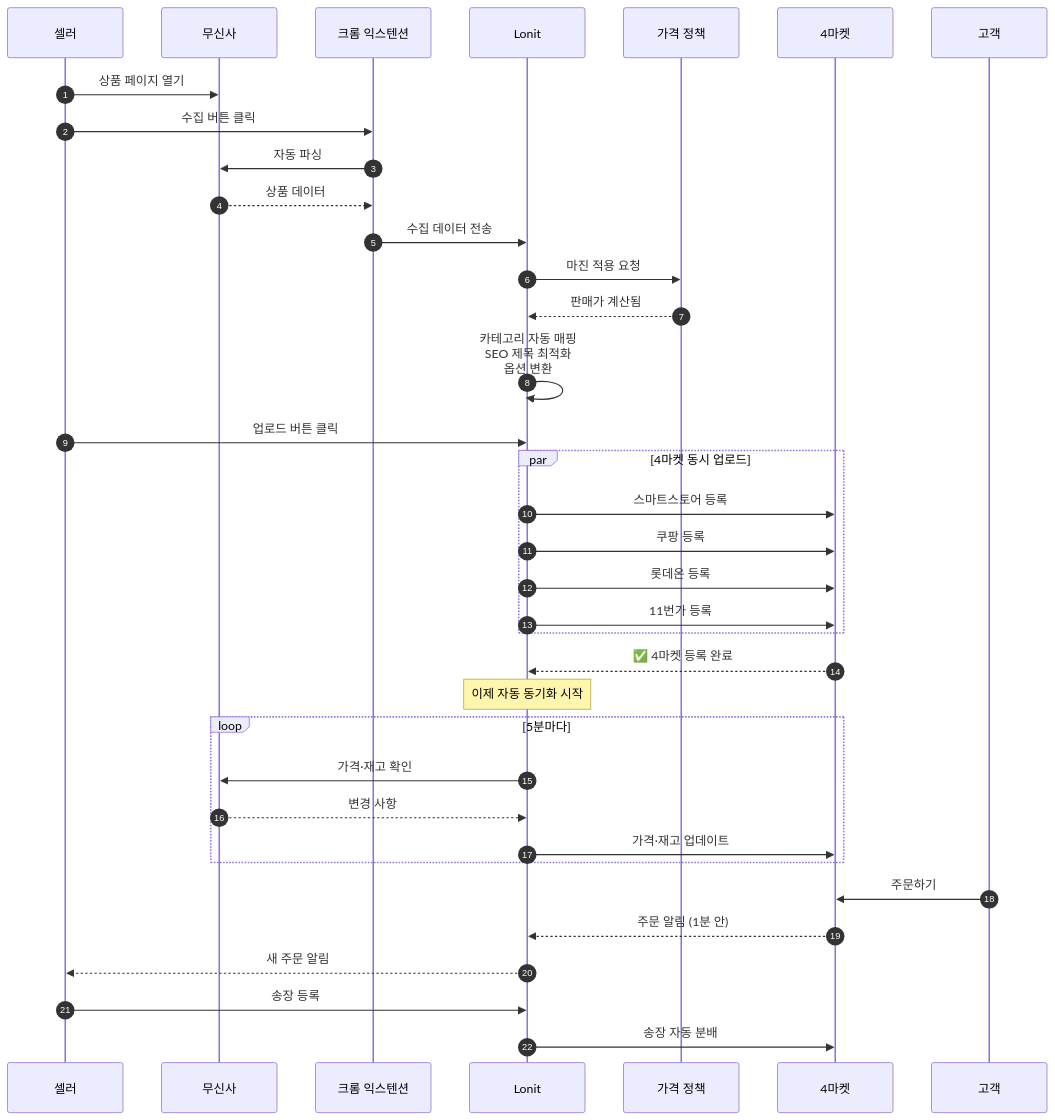
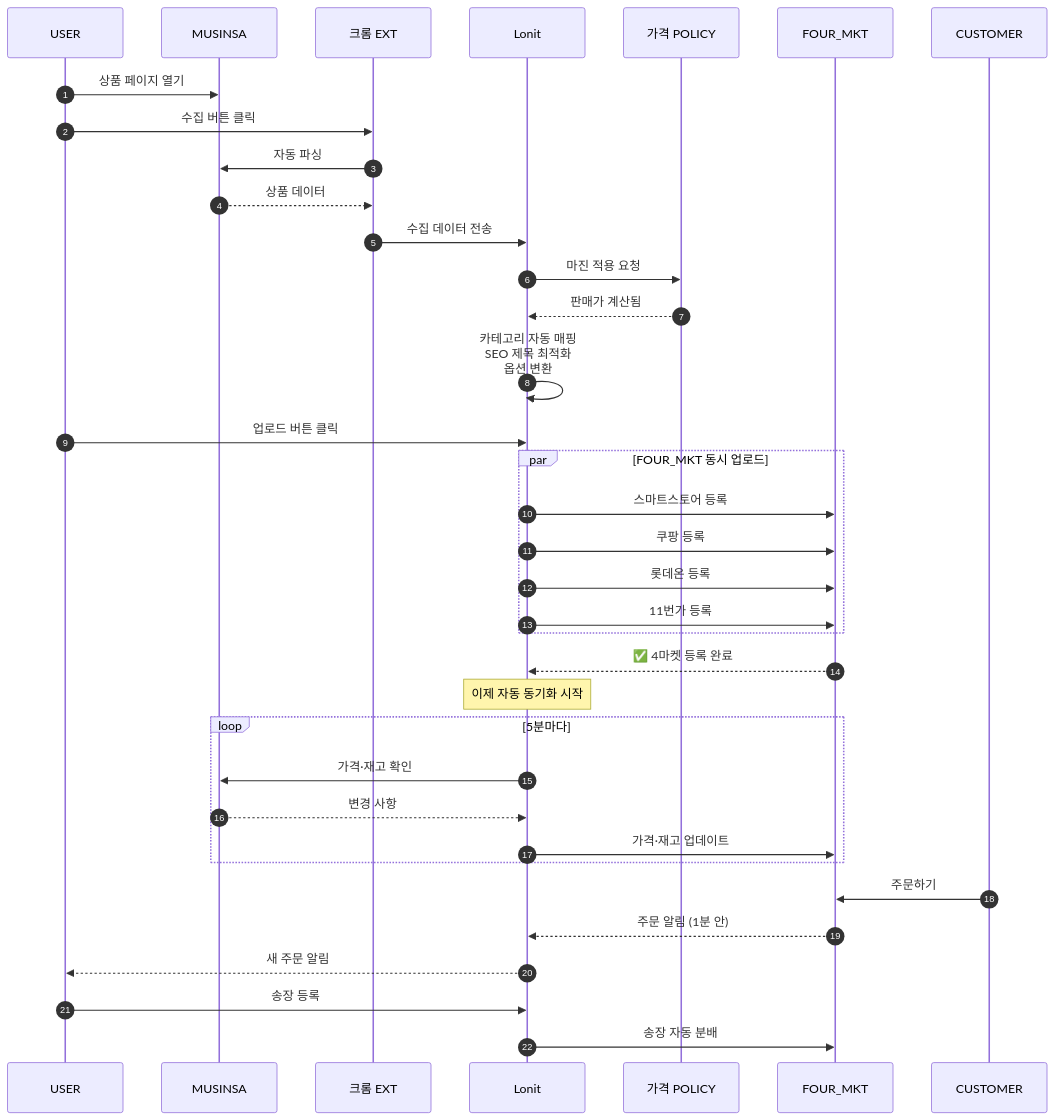
Before and after one commit to cksdud5785-design/lonit-manual: the seventh of 10 diagrams in docs/02-architecture.md, drawn with Mermaid. The commit also changed other lines of this file and 17 other files, not shown here.

First line of the commit message:
fix: mermaid 한국어 ID → ASCII + 더망고 → T사 일괄 변경

````diff
--- a/docs/02-architecture.md
+++ b/docs/02-architecture.md
@@ -195,46 +195,45 @@
 ```mermaid
 sequenceDiagram
     autonumber
-    participant 셀러
-    participant 무신사
-    participant 익스텐션 as 크롬 익스텐션
+    participant USER as USER
+    participant MUSINSA as MUSINSA
+    participant EXT as 크롬 EXT
     participant Lonit
-    participant 정책 as 가격 정책
-    participant 4마켓
-    participant 고객
+    participant POLICY as 가격 POLICY
+    participant FOUR_MKT
+    participant CUSTOMER as CUSTOMER
+    USER->>MUSINSA: 상품 페이지 열기
+    USER->>EXT: 수집 버튼 클릭
+    EXT->>MUSINSA: 자동 파싱
+    MUSINSA-->>EXT: 상품 데이터
+    EXT->>Lonit: 수집 데이터 전송
     
-    셀러->>무신사: 상품 페이지 열기
-    셀러->>익스텐션: 수집 버튼 클릭
-    익스텐션->>무신사: 자동 파싱
-    무신사-->>익스텐션: 상품 데이터
-    익스텐션->>Lonit: 수집 데이터 전송
-    
-    Lonit->>정책: 마진 적용 요청
-    정책-->>Lonit: 판매가 계산됨
+    Lonit->>POLICY: 마진 적용 요청
+    POLICY-->>Lonit: 판매가 계산됨
     
     Lonit->>Lonit: 카테고리 자동 매핑<br>SEO 제목 최적화<br>옵션 변환
     
-    셀러->>Lonit: 업로드 버튼 클릭
-    par 4마켓 동시 업로드
-        Lonit->>4마켓: 스마트스토어 등록
-        Lonit->>4마켓: 쿠팡 등록
-        Lonit->>4마켓: 롯데온 등록
-        Lonit->>4마켓: 11번가 등록
+    USER->>Lonit: 업로드 버튼 클릭
+    par FOUR_MKT 동시 업로드
+        Lonit->>FOUR_MKT: 스마트스토어 등록
+        Lonit->>FOUR_MKT: 쿠팡 등록
+        Lonit->>FOUR_MKT: 롯데온 등록
+        Lonit->>FOUR_MKT: 11번가 등록
     end
-    4마켓-->>Lonit: ✅ 4마켓 등록 완료
+    FOUR_MKT-->>Lonit: ✅ 4마켓 등록 완료
     
     Note over Lonit: 이제 자동 동기화 시작
     
     loop 5분마다
-        Lonit->>무신사: 가격·재고 확인
-        무신사-->>Lonit: 변경 사항
-        Lonit->>4마켓: 가격·재고 업데이트
+        Lonit->>MUSINSA: 가격·재고 확인
+        MUSINSA-->>Lonit: 변경 사항
+        Lonit->>FOUR_MKT: 가격·재고 업데이트
     end
     
-    고객->>4마켓: 주문하기
-    4마켓-->>Lonit: 주문 알림 (1분 안)
-    Lonit-->>셀러: 새 주문 알림
+    CUSTOMER->>FOUR_MKT: 주문하기
+    FOUR_MKT-->>Lonit: 주문 알림 (1분 안)
+    Lonit-->>USER: 새 주문 알림
     
-    셀러->>Lonit: 송장 등록
-    Lonit->>4마켓: 송장 자동 분배
+    USER->>Lonit: 송장 등록
+    Lonit->>FOUR_MKT: 송장 자동 분배
 ```
````
